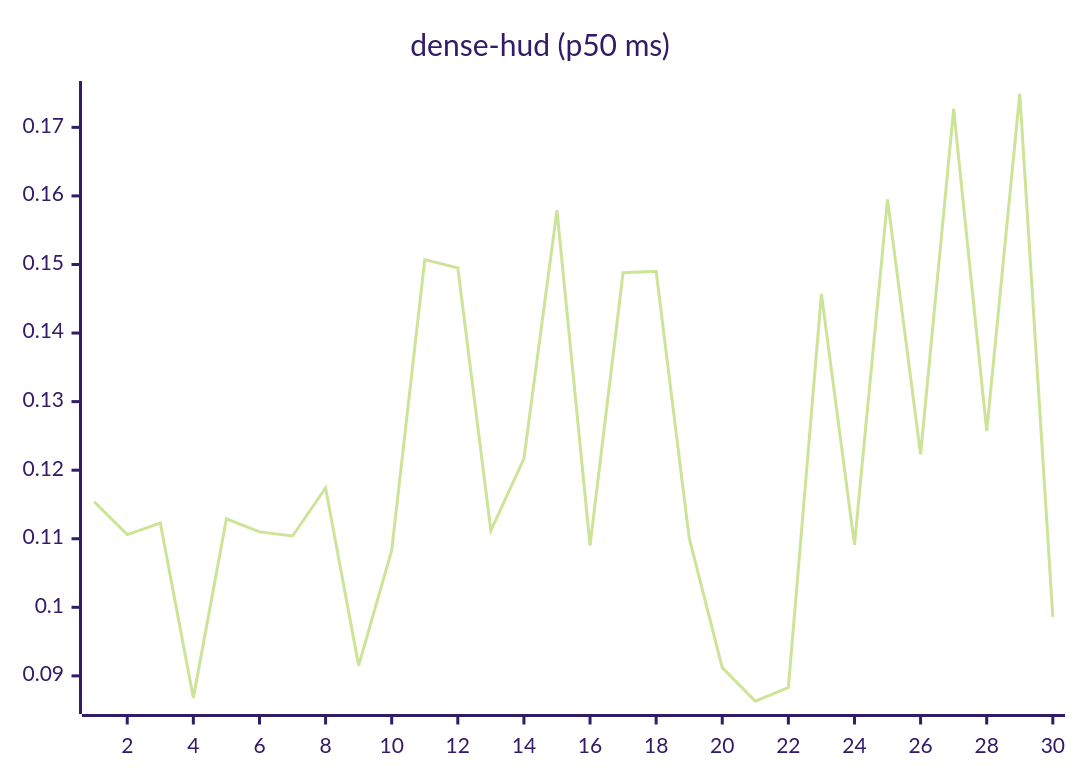
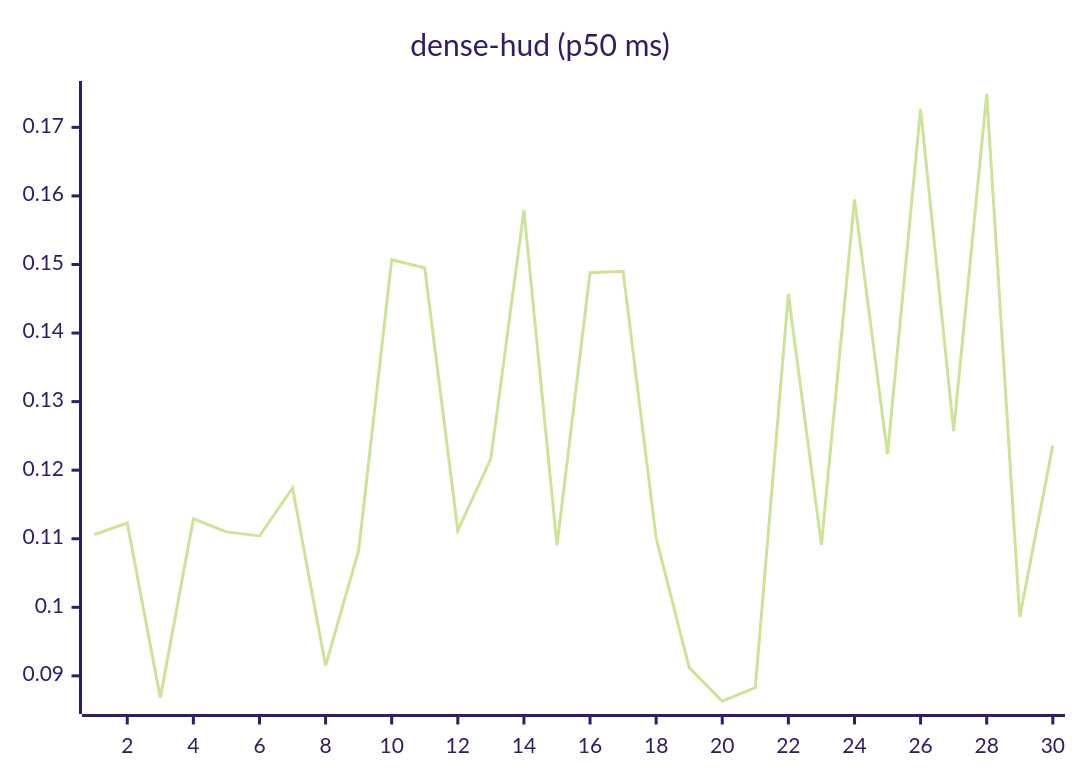
One commit to josha/Facet changed the eighth of 27 diagrams in README.md. Above: the diagram before and after it, drawn with Mermaid (forest theme). The commit also changed other lines of this file and 2 other files, not shown here.

````diff
--- a/README.md
+++ b/README.md
@@ -112,6 +112,6 @@
 ```mermaid
 xychart-beta
     title "dense-hud (p50 ms)"
     x-axis 1 --> 30
-    line [0.1154, 0.1106, 0.1123, 0.0868, 0.1129, 0.1110, 0.1104, 0.1174, 0.0915, 0.1083, 0.1507, 0.1495, 0.1112, 0.1217, 0.1579, 0.1090, 0.1488, 0.1490, 0.1101, 0.0912, 0.0863, 0.0883, 0.1457, 0.1091, 0.1595, 0.1223, 0.1727, 0.1257, 0.1749, 0.0986]
+    line [0.1106, 0.1123, 0.0868, 0.1129, 0.1110, 0.1104, 0.1174, 0.0915, 0.1083, 0.1507, 0.1495, 0.1112, 0.1217, 0.1579, 0.1090, 0.1488, 0.1490, 0.1101, 0.0912, 0.0863, 0.0883, 0.1457, 0.1091, 0.1595, 0.1223, 0.1727, 0.1257, 0.1749, 0.0986, 0.1236]
 ```
````
